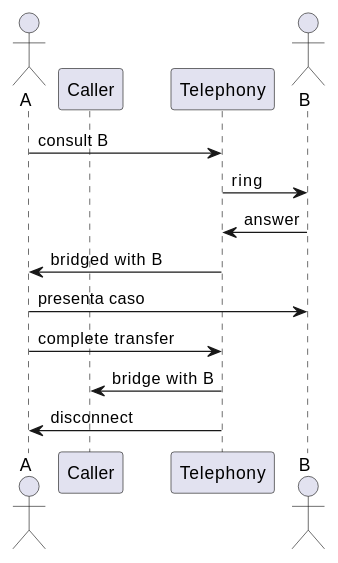
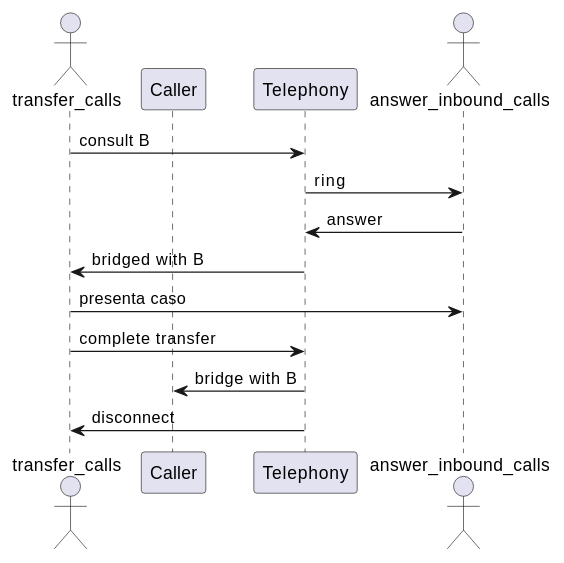
The fourth of 4 diagrams in source/requisitos/casos-uso/operator/uc-opr-05/diagramas-uml.rst (jcg-admin/IACT-docs), drawn with PlantUML before and after one commit. The commit also changed other lines of this file and 77 other files, not shown here.

First line of the commit message:
Enforce RBAC function names as actors in all UML diagrams

```diff
--- a/source/requisitos/casos-uso/operator/uc-opr-05/diagramas-uml.rst
+++ b/source/requisitos/casos-uso/operator/uc-opr-05/diagramas-uml.rst
@@ -65,16 +65,16 @@
 .. uml::
 
  @startuml
- actor "A" as A
+ actor "transfer_calls" as A
  participant "Caller" as C
  participant "Telephony" as T
- actor "B" as B
+ actor "answer_inbound_calls" as B
  A -> T: consult B
  T -> B: ring
  B -> T: answer
  T -> A: bridged with B
  A -> B: presenta caso
  A -> T: complete transfer
  T -> C: bridge with B
  T -> A: disconnect
  @enduml
```
